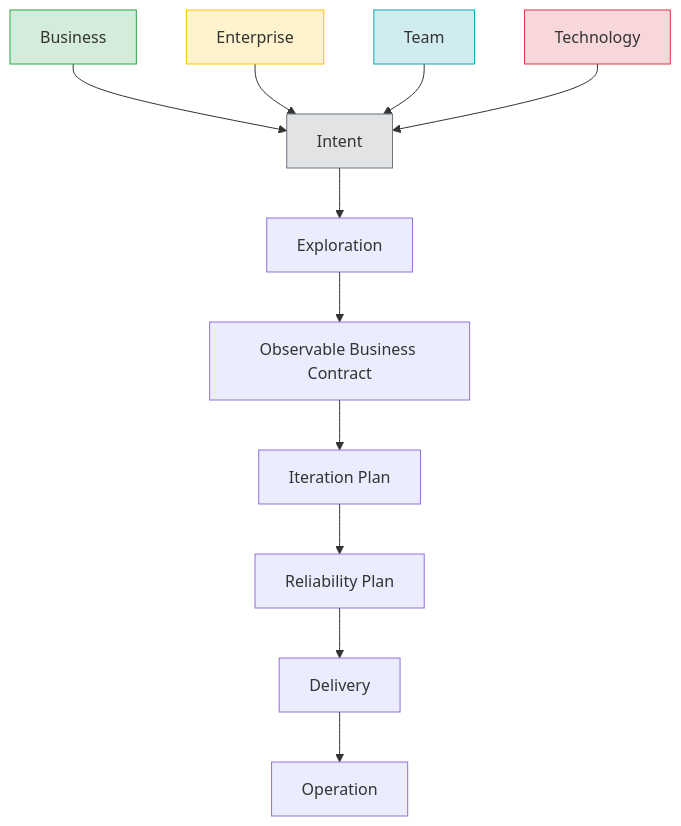
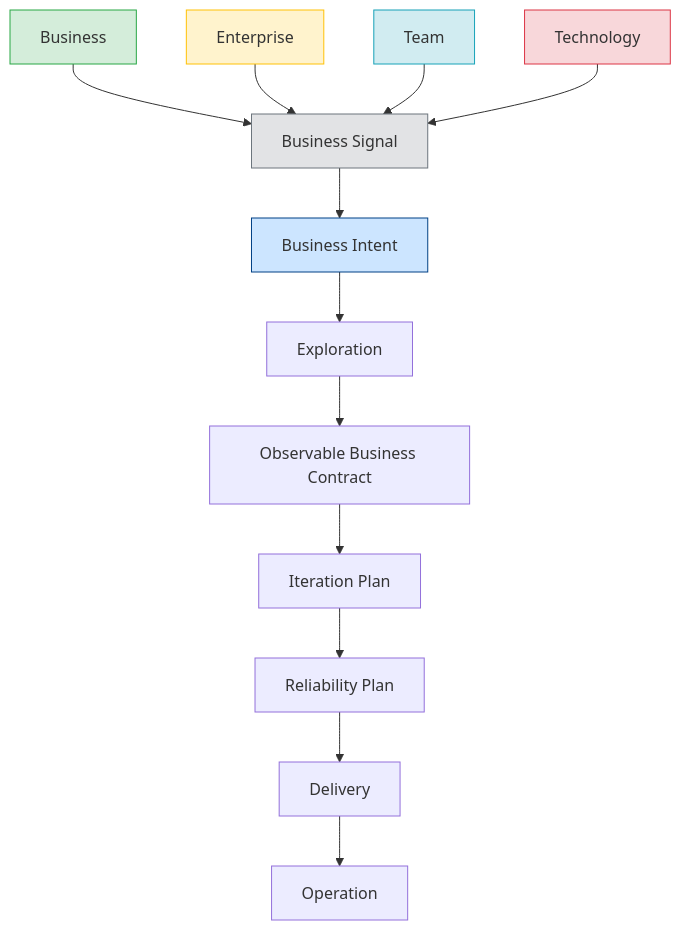
The diagram in prodops/framework/origin-streams.en.md (produtoreativo/payments-api), drawn with Mermaid before and after one commit. The commit also changed other lines of this file and 7 other files, not shown here.

First line of the commit message:
feat(prodops): formalize three-entity model — Business Signal, Business Intent, OBC

````diff
--- a/prodops/framework/origin-streams.en.md
+++ b/prodops/framework/origin-streams.en.md
@@ -15,25 +15,27 @@
 ```mermaid
 flowchart TD
     B[Business]
     EN[Enterprise]
     TM[Team]
     TY[Technology]
 
-    B --> I[Intent]
-    EN --> I
-    TM --> I
-    TY --> I
+    B --> BS[Business Signal]
+    EN --> BS
+    TM --> BS
+    TY --> BS
 
-    I --> EX[Exploration]
+    BS --> BI[Business Intent]
+    BI --> EX[Exploration]
     EX --> OBC[Observable Business Contract]
     OBC --> IP[Iteration Plan]
     IP --> RP[Reliability Plan]
     RP --> D[Delivery]
     D --> OP[Operation]
 
     style B fill:#d4edda,stroke:#28a745
     style EN fill:#fff3cd,stroke:#ffc107
     style TM fill:#d1ecf1,stroke:#17a2b8
     style TY fill:#f8d7da,stroke:#dc3545
-    style I fill:#e2e3e5,stroke:#6c757d
+    style BS fill:#e2e3e5,stroke:#6c757d
+    style BI fill:#cce5ff,stroke:#004085
 ```
````
